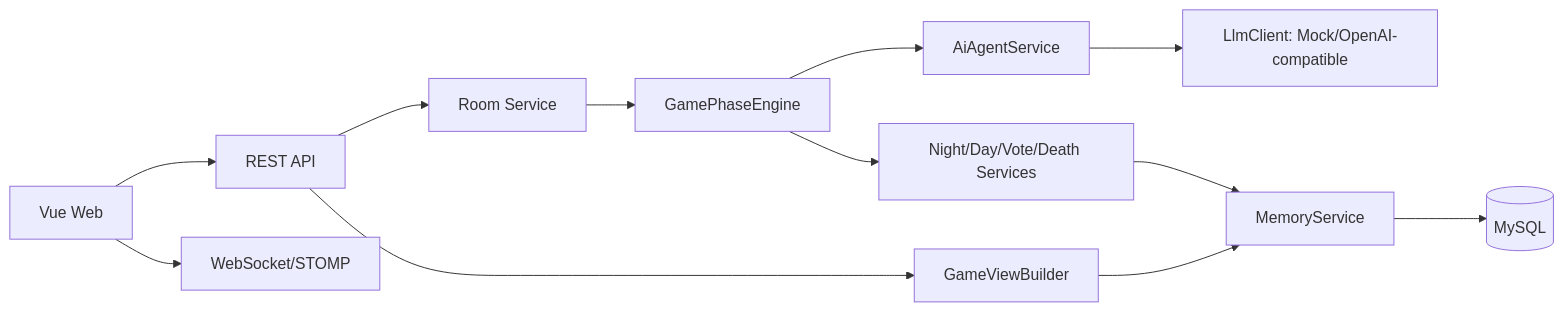
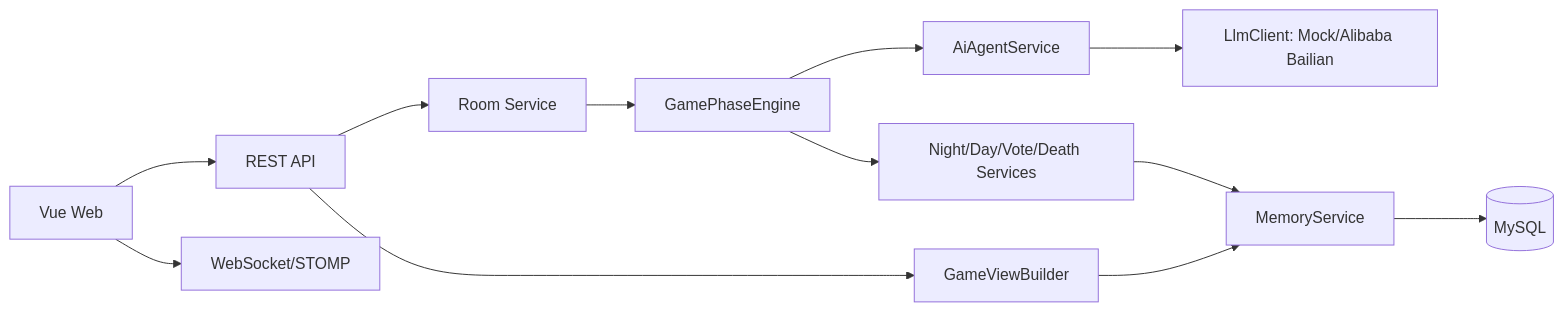
One commit to Eternally72/AIWerewolf changed the diagram in README.md. Above: the diagram before and after it, drawn with Mermaid. The commit also changed 30 other files, not shown here.

````diff
--- a/README.md
+++ b/README.md
@@ -31,14 +31,14 @@
 ```mermaid
 flowchart LR
   Web[Vue Web] --> REST[REST API]
   Web --> WS[WebSocket/STOMP]
   REST --> Room[Room Service]
   REST --> View[GameViewBuilder]
   Room --> Engine[GamePhaseEngine]
   Engine --> Action[Night/Day/Vote/Death Services]
   Engine --> Agent[AiAgentService]
-  Agent --> LLM[LlmClient: Mock/OpenAI-compatible]
+  Agent --> LLM[LlmClient: Mock/Alibaba Bailian]
   Action --> Memory[MemoryService]
   View --> Memory
   Memory --> DB[(MySQL)]
 ```
````
